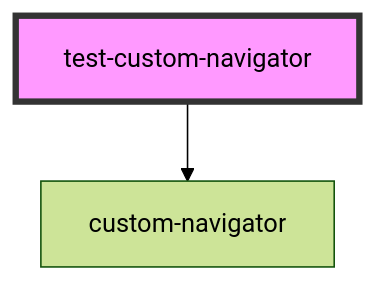
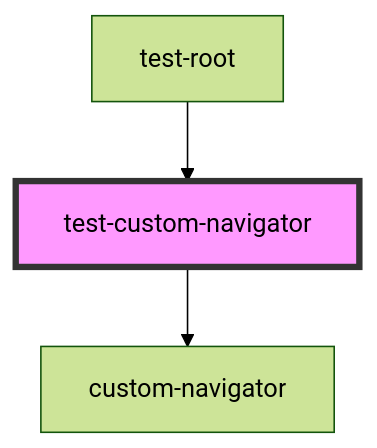
Before and after one commit to all41-dev/front.lib: the diagram in src/components/test-custom-navigator/readme.md, drawn with Mermaid (forest theme). The commit also changed other lines of this file and 14 other files, not shown here.

````diff
--- a/src/components/test-custom-navigator/readme.md
+++ b/src/components/test-custom-navigator/readme.md
@@ -15,5 +19,6 @@
 ```mermaid
 graph TD;
   test-custom-navigator --> custom-navigator
+  test-root --> test-custom-navigator
   style test-custom-navigator fill:#f9f,stroke:#333,stroke-width:4px
 ```
````
